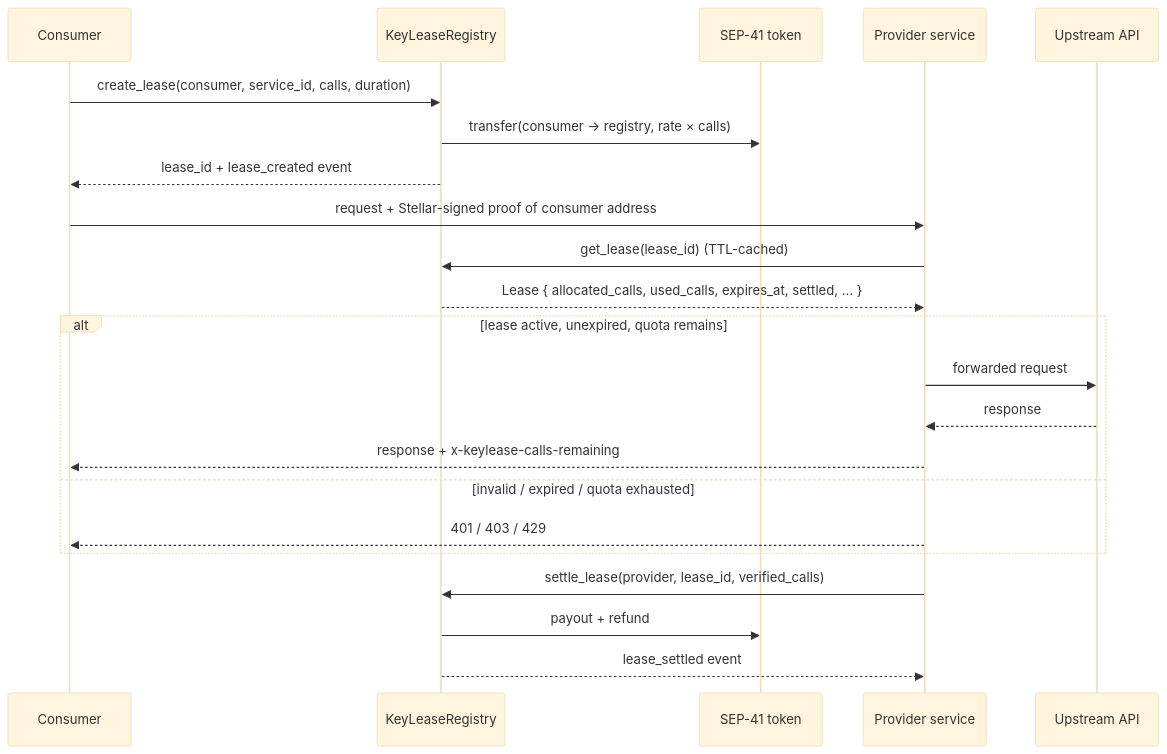
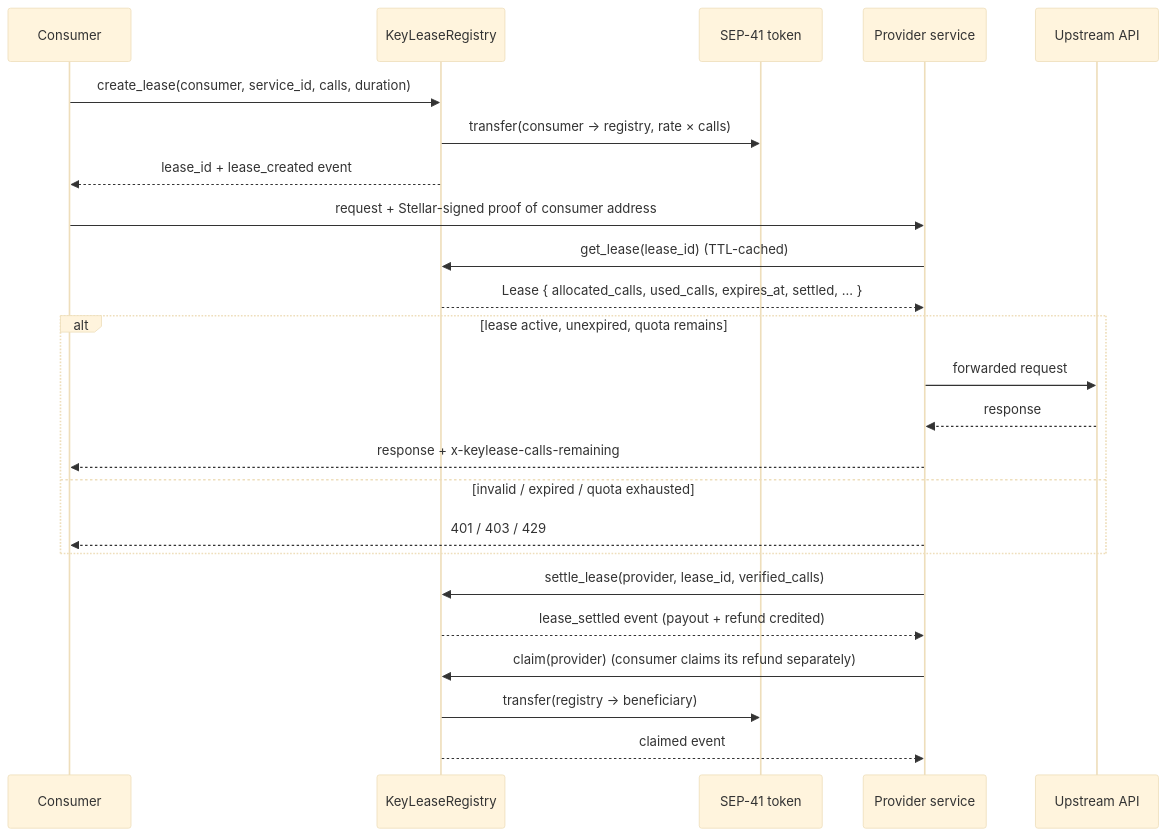
One commit to KeyLease-Security/keylease-core changed the second of 2 diagrams in docs/architecture.md. Above: the diagram before and after it, drawn with Mermaid (base theme). The commit also changed other lines of this file and 16 other files, not shown here.

````diff
--- a/docs/architecture.md
+++ b/docs/architecture.md
@@ -75,25 +77,27 @@
 ```mermaid
 sequenceDiagram
     participant C as Consumer
     participant R as KeyLeaseRegistry
     participant T as SEP-41 token
     participant P as Provider service
     participant U as Upstream API
 
     C->>R: create_lease(consumer, service_id, calls, duration)
     R->>T: transfer(consumer → registry, rate × calls)
     R-->>C: lease_id + lease_created event
     C->>P: request + Stellar-signed proof of consumer address
     P->>R: get_lease(lease_id)   (TTL-cached)
     R-->>P: Lease { allocated_calls, used_calls, expires_at, settled, ... }
     alt lease active, unexpired, quota remains
         P->>U: forwarded request
         U-->>P: response
         P-->>C: response + x-keylease-calls-remaining
     else invalid / expired / quota exhausted
         P-->>C: 401 / 403 / 429
     end
     P->>R: settle_lease(provider, lease_id, verified_calls)
-    R->>T: payout + refund
-    R-->>P: lease_settled event
+    R-->>P: lease_settled event (payout + refund credited)
+    P->>R: claim(provider)   (consumer claims its refund separately)
+    R->>T: transfer(registry → beneficiary)
+    R-->>P: claimed event
 ```
````
